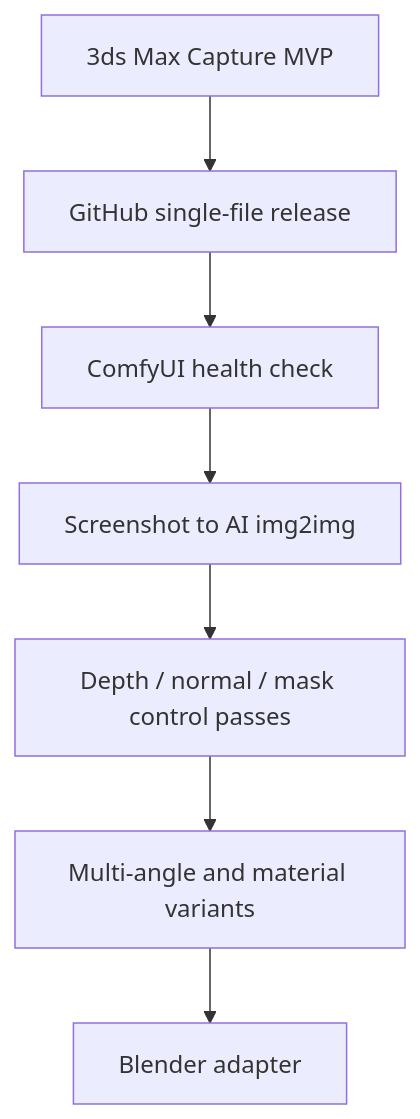
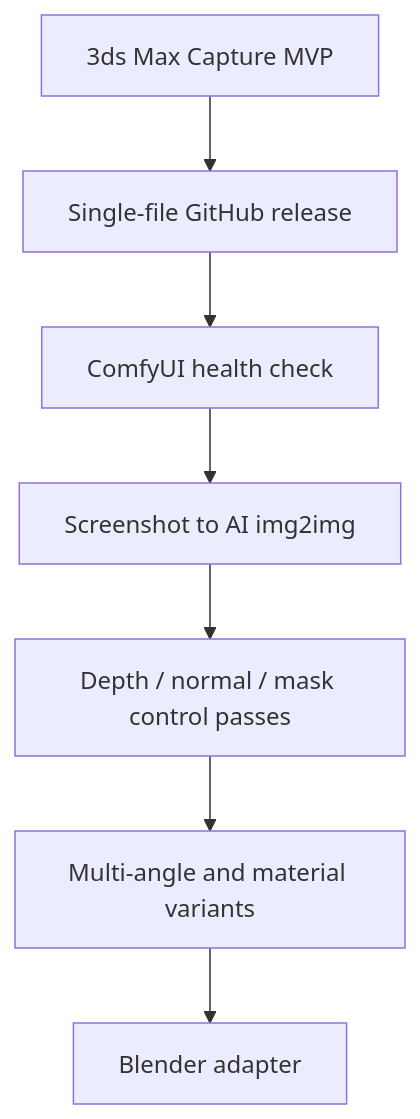
The diagram in README.md (cp199712138-design/dcc-capture-bridge), drawn with Mermaid before and after one commit. The commit also changed other lines of this file, not shown here.

````diff
--- a/README.md
+++ b/README.md
@@ -43,9 +45,9 @@
 ```mermaid
 flowchart TD
-    A[3ds Max Capture MVP] --> B[GitHub single-file release]
+    A[3ds Max Capture MVP] --> B[Single-file GitHub release]
     B --> C[ComfyUI health check]
     C --> D[Screenshot to AI img2img]
     D --> E[Depth / normal / mask control passes]
     E --> F[Multi-angle and material variants]
     F --> G[Blender adapter]
 ```
````
